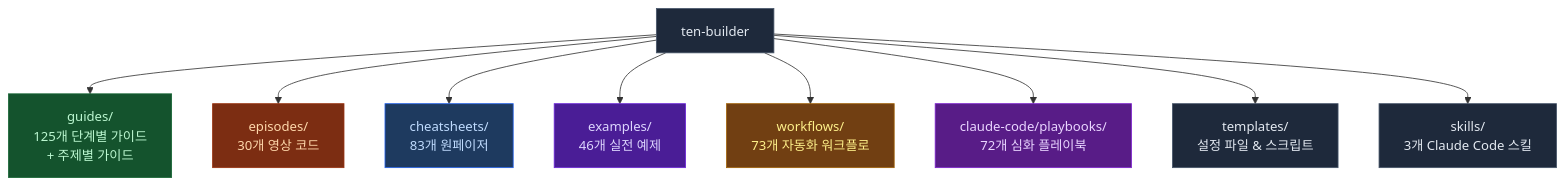
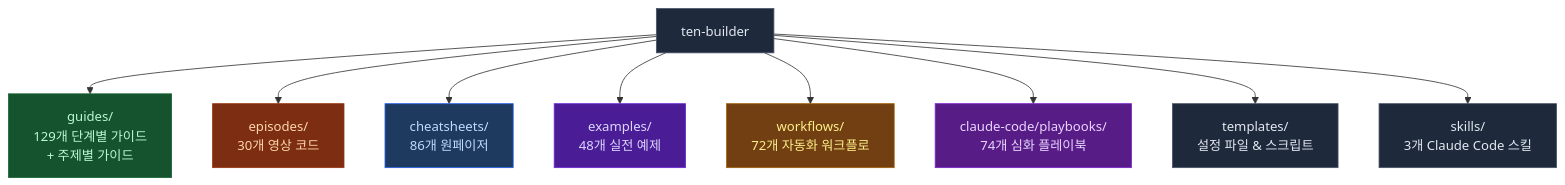
Before and after one commit to ten-builder/ten-builder: the first of 2 diagrams in README.md, drawn with Mermaid. The commit also changed other lines of this file, not shown here.

Commit message:
docs: README sync — guides 126-129, playbook 78, 3 cheatsheets, update counts

````diff
--- a/README.md
+++ b/README.md
@@ -23,21 +23,21 @@
 ```mermaid
 flowchart TD
-    R["ten-builder"] --> G["guides/\n125개 단계별 가이드\n+ 주제별 가이드"]
+    R["ten-builder"] --> G["guides/\n129개 단계별 가이드\n+ 주제별 가이드"]
     R --> E["episodes/\n30개 영상 코드"]
-    R --> C["cheatsheets/\n83개 원페이저"]
-    R --> EX["examples/\n46개 실전 예제"]
-    R --> W["workflows/\n73개 자동화 워크플로"]
-    R --> P["claude-code/playbooks/\n72개 심화 플레이북"]
+    R --> C["cheatsheets/\n86개 원페이저"]
+    R --> EX["examples/\n48개 실전 예제"]
+    R --> W["workflows/\n72개 자동화 워크플로"]
+    R --> P["claude-code/playbooks/\n74개 심화 플레이북"]
     R --> T["templates/\n설정 파일 & 스크립트"]
     R --> S["skills/\n3개 Claude Code 스킬"]
 
     style R fill:#1e293b,stroke:#475569,color:#e2e8f0
     style G fill:#14532d,stroke:#166534,color:#bbf7d0
     style E fill:#7c2d12,stroke:#9a3412,color:#fed7aa
     style C fill:#1e3a5f,stroke:#2563eb,color:#bfdbfe
     style EX fill:#4a1d96,stroke:#6d28d9,color:#ddd6fe
     style W fill:#713f12,stroke:#a16207,color:#fef08a
     style P fill:#581c87,stroke:#7e22ce,color:#e9d5ff
     style T fill:#1e293b,stroke:#475569,color:#e2e8f0
     style S fill:#1e293b,stroke:#475569,color:#e2e8f0
 ```
````
